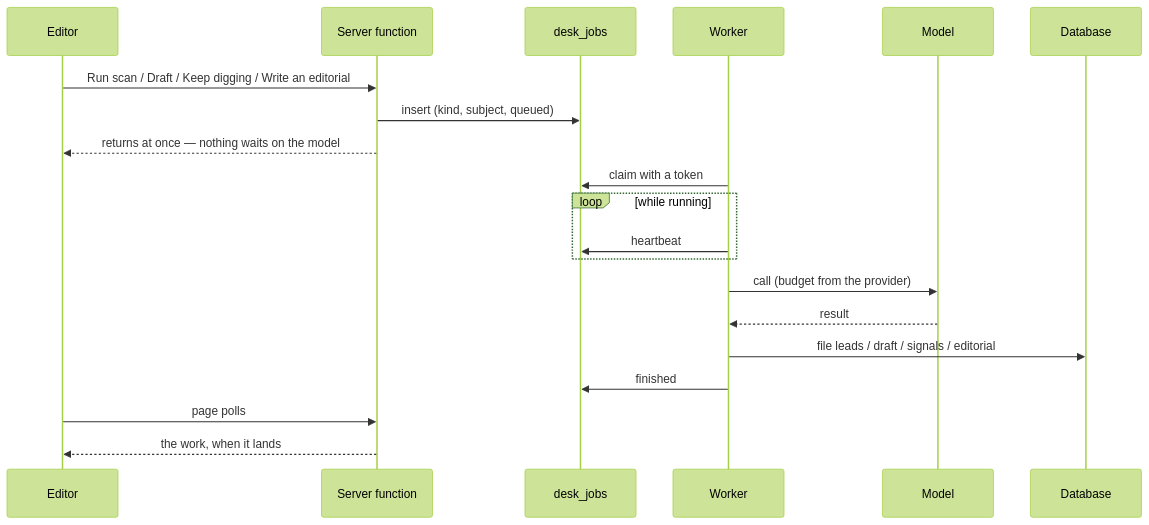
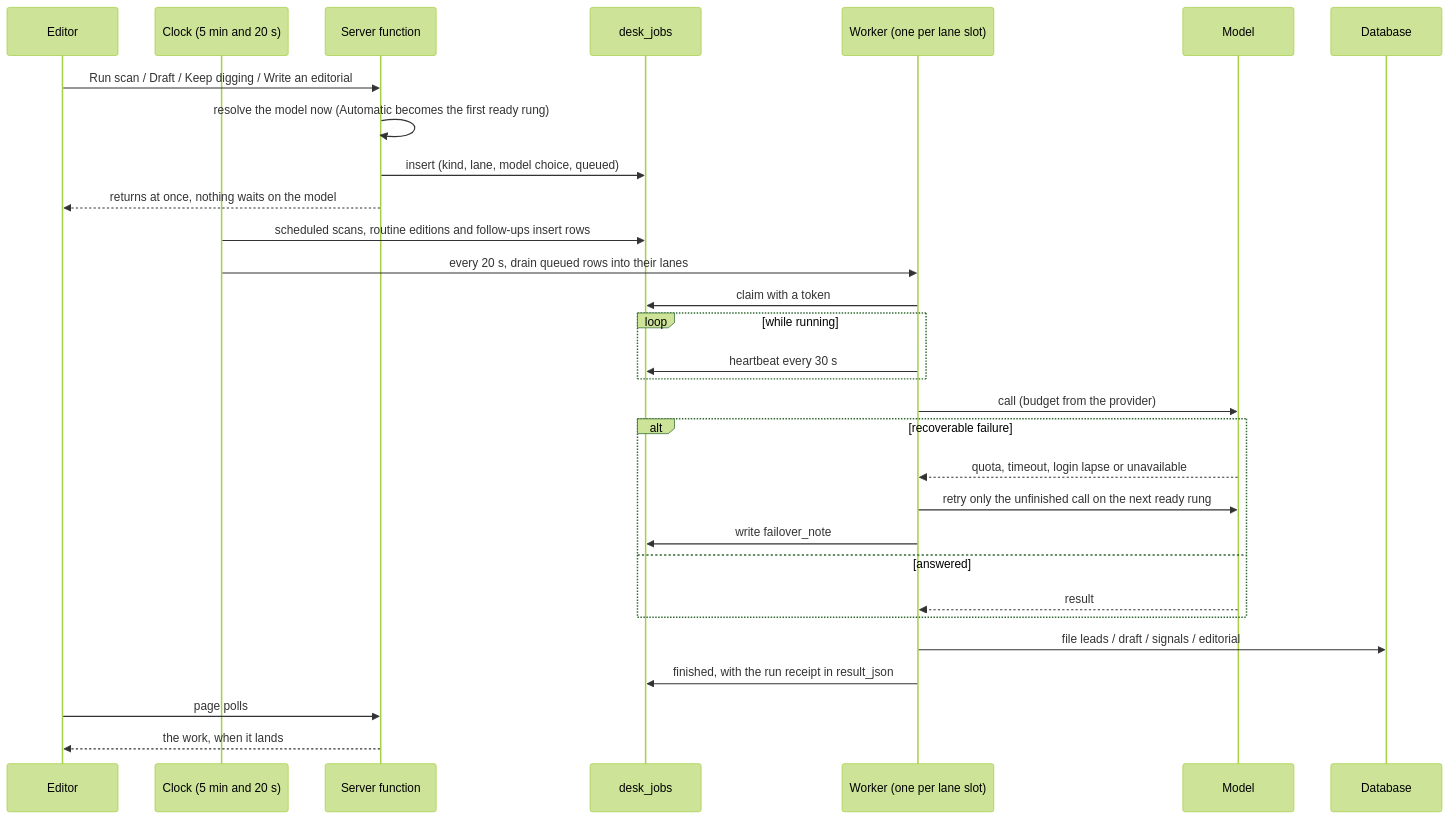
Before and after one commit to scottconverse/TownReporter: the diagram in docs/diagrams/job-end-to-end.mmd, drawn with Mermaid (forest theme). The commit also changed 51 other files, not shown here.

First line of the commit message:
docs: 0.6.84 release docs - full user manual, landing page, README, guides, diagrams

```diff
--- a/docs/diagrams/job-end-to-end.mmd
+++ b/docs/diagrams/job-end-to-end.mmd
@@ -1,21 +1,31 @@
 sequenceDiagram
     participant E as Editor
+    participant C as Clock (5 min and 20 s)
     participant F as Server function
     participant J as desk_jobs
-    participant W as Worker
+    participant W as Worker (one per lane slot)
     participant M as Model
     participant DB as Database
 
     E->>F: Run scan / Draft / Keep digging / Write an editorial
-    F->>J: insert (kind, subject, queued)
-    F-->>E: returns at once — nothing waits on the model
+    F->>F: resolve the model now (Automatic becomes the first ready rung)
+    F->>J: insert (kind, lane, model choice, queued)
+    F-->>E: returns at once, nothing waits on the model
+    C->>J: scheduled scans, routine editions and follow-ups insert rows
+    C->>W: every 20 s, drain queued rows into their lanes
     W->>J: claim with a token
     loop while running
-        W->>J: heartbeat
+        W->>J: heartbeat every 30 s
     end
     W->>M: call (budget from the provider)
-    M-->>W: result
+    alt recoverable failure
+        M-->>W: quota, timeout, login lapse or unavailable
+        W->>M: retry only the unfinished call on the next ready rung
+        W->>J: write failover_note
+    else answered
+        M-->>W: result
+    end
     W->>DB: file leads / draft / signals / editorial
-    W->>J: finished
+    W->>J: finished, with the run receipt in result_json
     E->>F: page polls
     F-->>E: the work, when it lands
```
